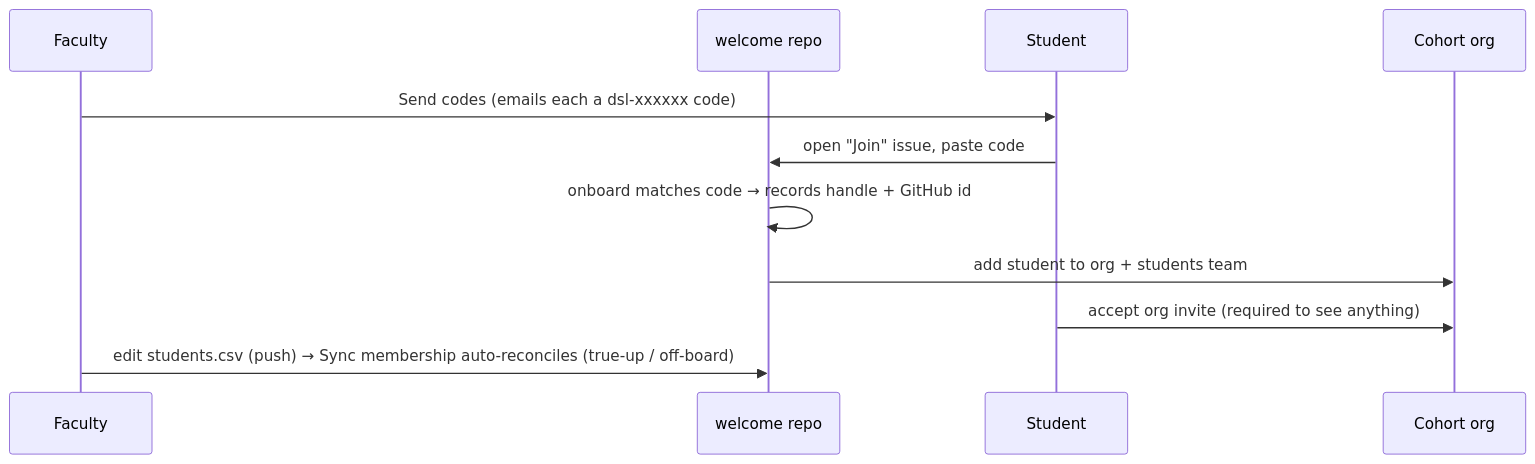
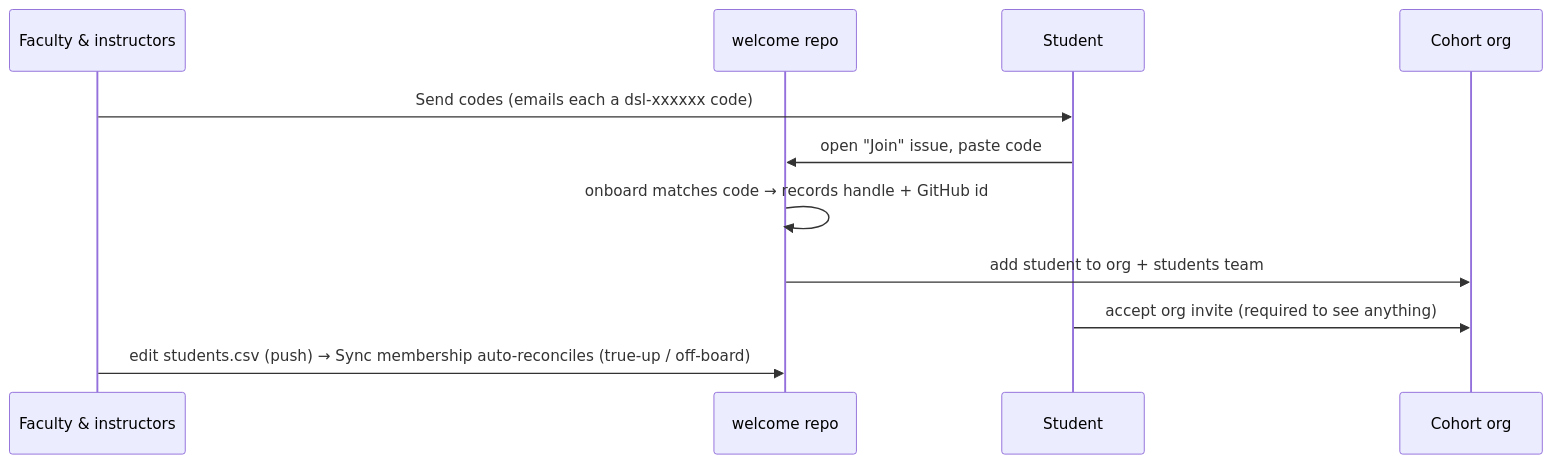
One commit to hertie-data-science-lab/dsl-teaching-course-setup changed the diagram in docs/faculty-and-instructors/05-enrol-students-to-cohort.md. Above: the diagram before and after it, drawn with Mermaid. The commit also changed other lines of this file and 37 other files, not shown here.

First line of the commit message:
feat(scaffold): enrich materials README/MAINTAINING, 1-base sessions, faculty & instructors term (#85)

````diff
--- a/docs/faculty-and-instructors/05-enrol-students-to-cohort.md
+++ b/docs/faculty-and-instructors/05-enrol-students-to-cohort.md
@@ -16,13 +16,13 @@
 ```mermaid
 sequenceDiagram
-  participant F as Faculty
+  participant F as Faculty & instructors
   participant W as welcome repo
   participant S as Student
   participant O as Cohort org
   F->>S: Send codes (emails each a dsl-xxxxxx code)
   S->>W: open "Join" issue, paste code
   W->>W: onboard matches code → records handle + GitHub id
   W->>O: add student to org + students team
   S->>O: accept org invite (required to see anything)
   F->>W: edit students.csv (push) → Sync membership auto-reconciles (true-up / off-board)
 ```
````
